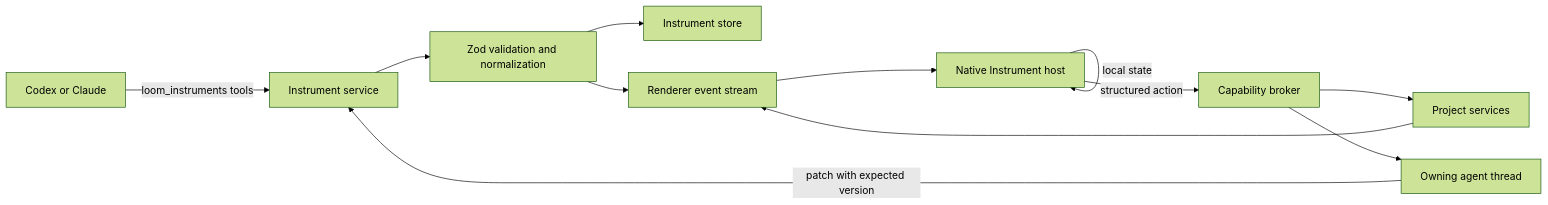
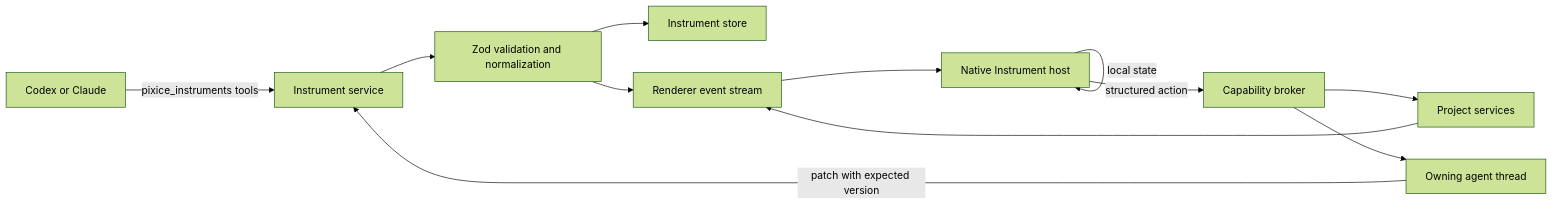
Before and after one commit to Blumenwagen/Pixice: the diagram in GENERATIVE_INSTRUMENTS_PLAN.md, drawn with Mermaid (forest theme). The commit also changed other lines of this file and 87 other files, not shown here.

````diff
--- a/GENERATIVE_INSTRUMENTS_PLAN.md
+++ b/GENERATIVE_INSTRUMENTS_PLAN.md
@@ -255,14 +255,14 @@
 ```mermaid
 flowchart LR
-  A[Codex or Claude] -->|loom_instruments tools| B[Instrument service]
+  A[Codex or Claude] -->|pixice_instruments tools| B[Instrument service]
   B --> C[Zod validation and normalization]
   C --> D[Instrument store]
   C --> E[Renderer event stream]
   E --> F[Native Instrument host]
   F -->|local state| F
   F -->|structured action| G[Capability broker]
   G --> H[Project services]
   G --> I[Owning agent thread]
   H --> E
   I -->|patch with expected version| B
 ```
````
